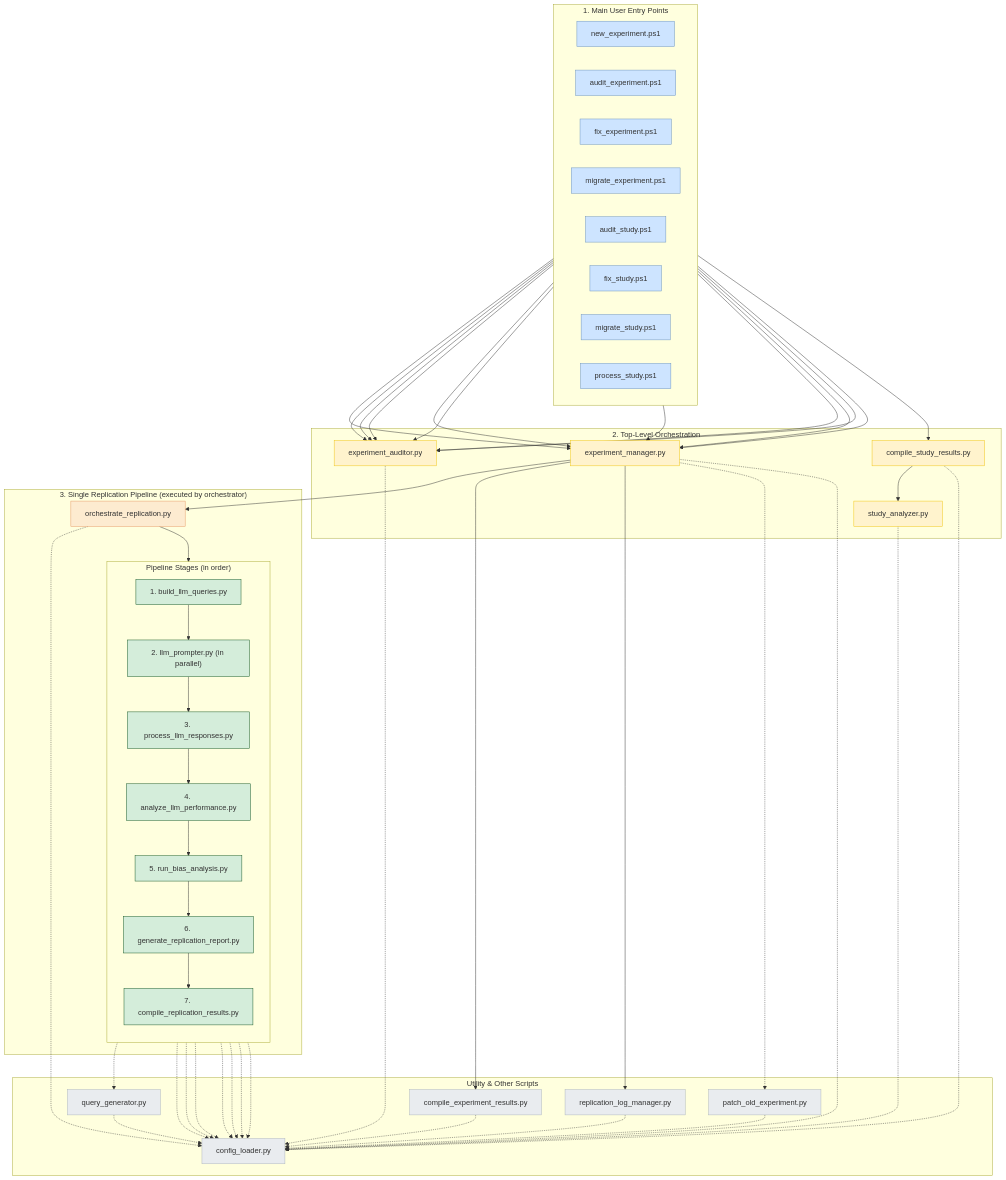
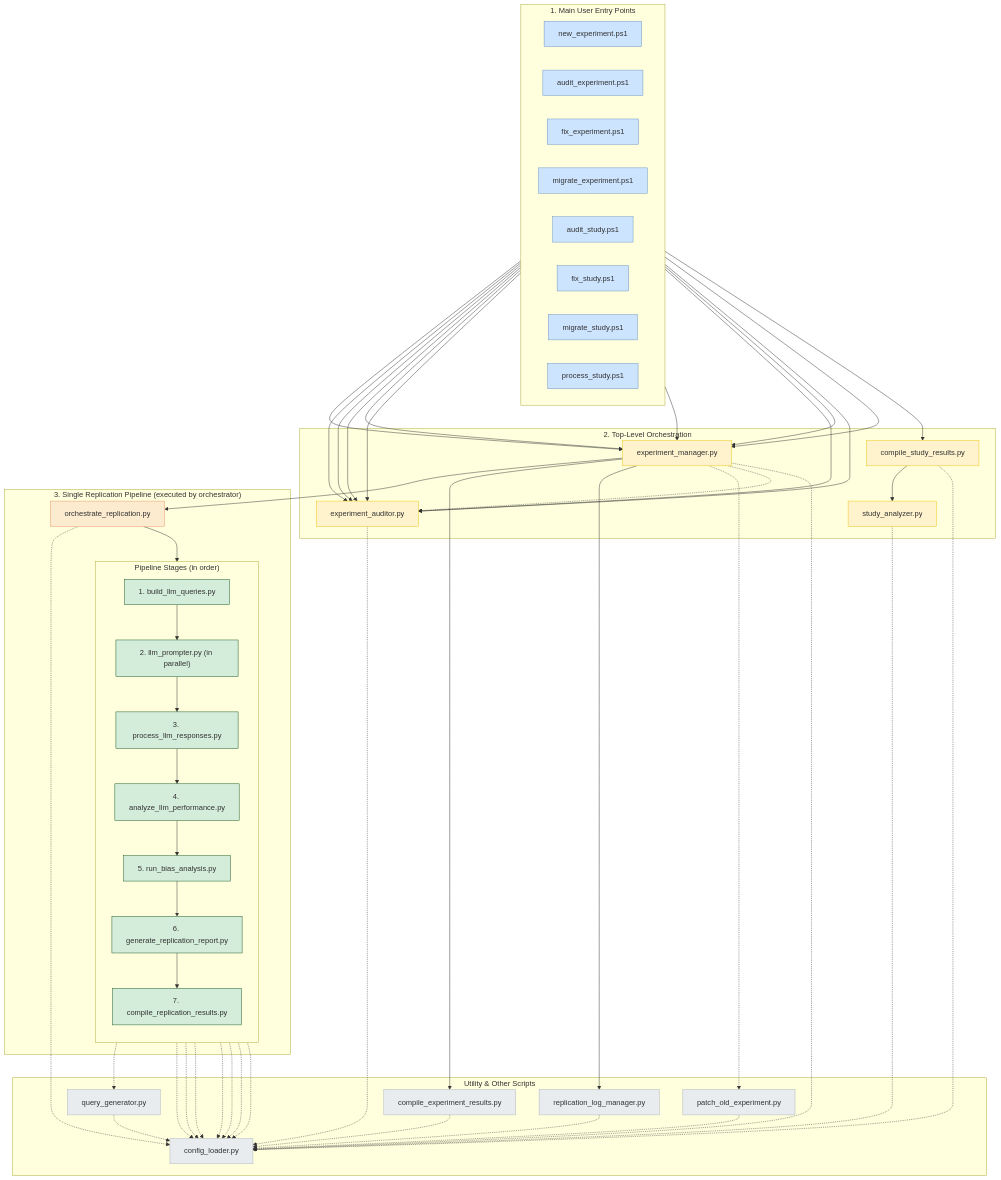
One commit to peterjmarko/llm-narrative-framework changed the diagram in docs/diagrams/arch_main_codebase.mmd. Above: the diagram before and after it, drawn with Mermaid. The commit also changed 29 other files, not shown here.

```diff
--- a/docs/diagrams/arch_main_codebase.mmd
+++ b/docs/diagrams/arch_main_codebase.mmd
@@ -1,112 +1,113 @@
 graph TD
     subgraph "1. Main User Entry Points"
         direction LR
         new_experiment_ps1["new_experiment.ps1"]
         audit_experiment_ps1["audit_experiment.ps1"]
         fix_experiment_ps1["fix_experiment.ps1"]
         migrate_experiment_ps1["migrate_experiment.ps1"]
         audit_study_ps1["audit_study.ps1"]
         fix_study_ps1["fix_study.ps1"]
         migrate_study_ps1["migrate_study.ps1"]
         process_study_ps1["process_study.ps1"]
     end
 
     subgraph "2. Top-Level Orchestration"
         exp_manager["experiment_manager.py"]
         exp_auditor["experiment_auditor.py"]
         compile_study_results_py["compile_study_results.py"]
         study_analysis["study_analyzer.py"]
     end
 
     subgraph "3. Single Replication Pipeline (executed by orchestrator)"
         orchestrator["orchestrate_replication.py"]
         
         subgraph "Pipeline Stages (in order)"
             direction TB
             stage1["1. build_llm_queries.py"]
             stage2["2. llm_prompter.py (in parallel)"]
             stage3["3. process_llm_responses.py"]
             stage4["4. analyze_llm_performance.py"]
             stage4b["5. run_bias_analysis.py"]
             stage5["6. generate_replication_report.py"]
             stage6["7. compile_replication_results.py"]
         end
     end
 
     subgraph "Utility & Other Scripts"
         query_generator["query_generator.py"]
         log_manager["replication_log_manager.py"]
         compile_experiment["compile_experiment_results.py"]
         patch_old["patch_old_experiment.py"]
         config_loader["config_loader.py"]
     end
 
     %% --- Connections ---
     new_experiment_ps1 --> exp_manager
     
     audit_experiment_ps1 --> exp_auditor
     audit_study_ps1 --> exp_auditor
     
     fix_experiment_ps1 --> exp_auditor
     fix_experiment_ps1 --> exp_manager
     fix_study_ps1 --> exp_auditor
     fix_study_ps1 --> exp_manager
     
     migrate_experiment_ps1 --> exp_auditor
     migrate_experiment_ps1 --> exp_manager
     migrate_study_ps1 --> exp_auditor
     migrate_study_ps1 --> exp_manager
 
     process_study_ps1 --> compile_study_results_py
     compile_study_results_py --> study_analysis
 
     exp_manager --> orchestrator
     exp_manager --> compile_experiment
     exp_manager --> log_manager
     exp_manager -.-> patch_old
 
     %% Sequential Pipeline Execution
     orchestrator --> stage1
     stage1 --> stage2
     stage2 --> stage3
     stage3 --> stage4
     stage4 --> stage4b
     stage4b --> stage5
     stage5 --> stage6
 
     %% Worker Connections
     stage1 -.-> query_generator
 
     %% Import Connections (dotted)
+    exp_manager -.-> exp_auditor
     exp_manager & exp_auditor & orchestrator & stage1 & stage2 & stage3 & stage4 & stage4b & stage5 & stage6 & query_generator & log_manager & compile_experiment & compile_study_results_py & study_analysis & patch_old -.-> config_loader
 
     %% --- Inline Styling ---
     style new_experiment_ps1 fill:#cde4ff,stroke:#6c93be
     style audit_experiment_ps1 fill:#cde4ff,stroke:#6c93be
     style fix_experiment_ps1 fill:#cde4ff,stroke:#6c93be
     style migrate_experiment_ps1 fill:#cde4ff,stroke:#6c93be
     style audit_study_ps1 fill:#cde4ff,stroke:#6c93be
     style fix_study_ps1 fill:#cde4ff,stroke:#6c93be
     style migrate_study_ps1 fill:#cde4ff,stroke:#6c93be
     style process_study_ps1 fill:#cde4ff,stroke:#6c93be
 
     style exp_manager fill:#fff3cd,stroke:#f1c40f
     style exp_auditor fill:#fff3cd,stroke:#f1c40f
     style compile_study_results_py fill:#fff3cd,stroke:#f1c40f
     style study_analysis fill:#fff3cd,stroke:#f1c40f
     
     style orchestrator fill:#fdebd0,stroke:#e59866
     
     style stage1 fill:#d4edda,stroke:#155724
     style stage2 fill:#d4edda,stroke:#155724
     style stage3 fill:#d4edda,stroke:#155724
     style stage4 fill:#d4edda,stroke:#155724
     style stage4b fill:#d4edda,stroke:#155724
     style stage5 fill:#d4edda,stroke:#155724
     style stage6 fill:#d4edda,stroke:#155724
 
     style query_generator fill:#e9ecef,stroke:#adb5bd
     style log_manager fill:#e9ecef,stroke:#adb5bd
     style compile_experiment fill:#e9ecef,stroke:#adb5bd
     style patch_old fill:#e9ecef,stroke:#adb5bd
     style config_loader fill:#e9ecef,stroke:#adb5bd
```
